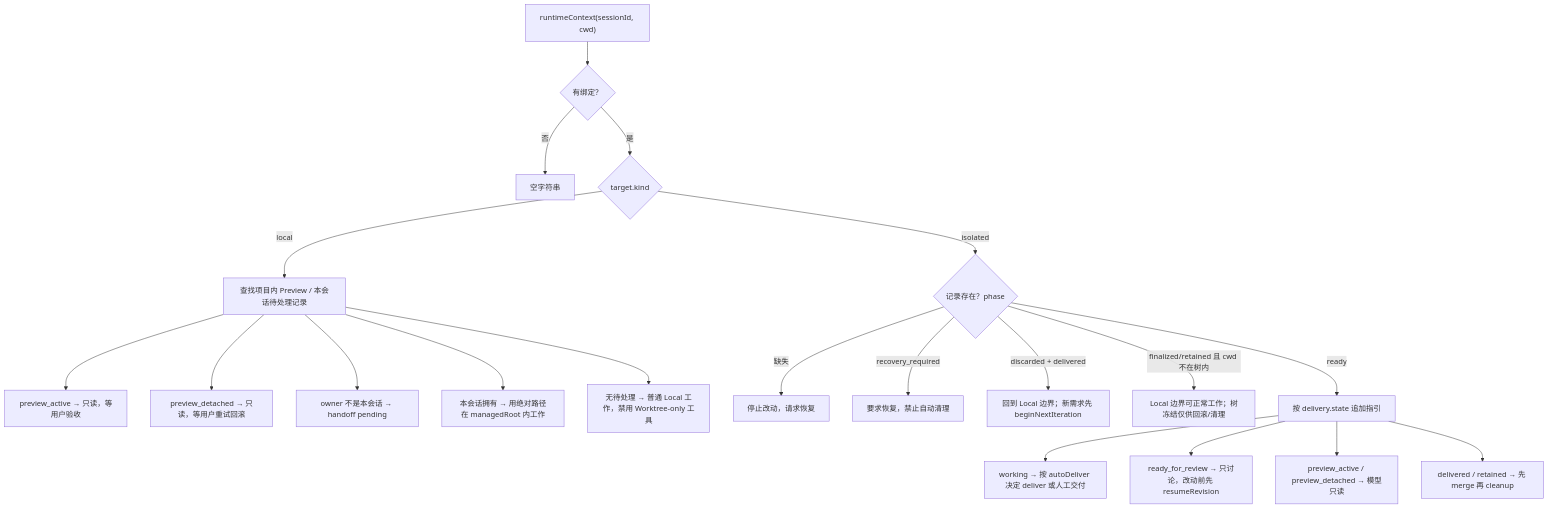
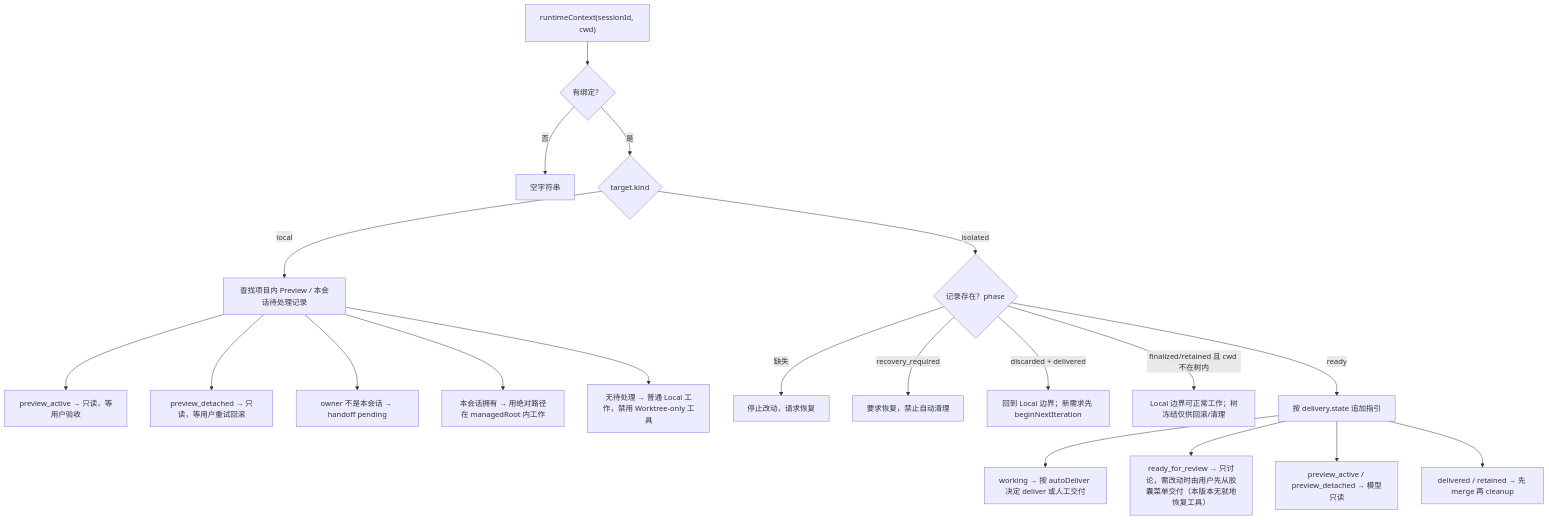
The seventh of 12 diagrams in .codewiki/modules/session-checkout-integration-core.md (ikliml666/dsh-git-workspace), drawn with Mermaid before and after one commit. The commit also changed 42 other files, not shown here.

````diff
--- a/.codewiki/modules/session-checkout-integration-core.md
+++ b/.codewiki/modules/session-checkout-integration-core.md
@@ -228,22 +228,22 @@
 ```mermaid
 flowchart TD
     A["runtimeContext(sessionId, cwd)"] --> B{"有绑定？"}
     B -->|否| Z["空字符串"]
     B -->|是| C{"target.kind"}
     C -->|local| D["查找项目内 Preview / 本会话待处理记录"]
     D --> D1["preview_active → 只读，等用户验收"]
     D --> D2["preview_detached → 只读，等用户重试回滚"]
     D --> D3["owner 不是本会话 → handoff pending"]
     D --> D4["本会话拥有 → 用绝对路径在 managedRoot 内工作"]
     D --> D5["无待处理 → 普通 Local 工作，禁用 Worktree-only 工具"]
     C -->|isolated| E{"记录存在？phase"}
     E -->|缺失| E1["停止改动，请求恢复"]
     E -->|recovery_required| E2["要求恢复，禁止自动清理"]
     E -->|discarded + delivered| E3["回到 Local 边界；新需求先 beginNextIteration"]
     E -->|finalized/retained 且 cwd 不在树内| E4["Local 边界可正常工作；树冻结仅供回滚/清理"]
     E -->|ready| F["按 delivery.state 追加指引"]
     F --> F1["working → 按 autoDeliver 决定 deliver 或人工交付"]
-    F --> F2["ready_for_review → 只讨论，改动前先 resumeRevision"]
+    F --> F2["ready_for_review → 只讨论，需改动时由用户先从胶囊菜单交付（本版本无就地恢复工具）"]
     F --> F3["preview_active / preview_detached → 模型只读"]
     F --> F4["delivered / retained → 先 merge 再 cleanup"]
 ```
````
